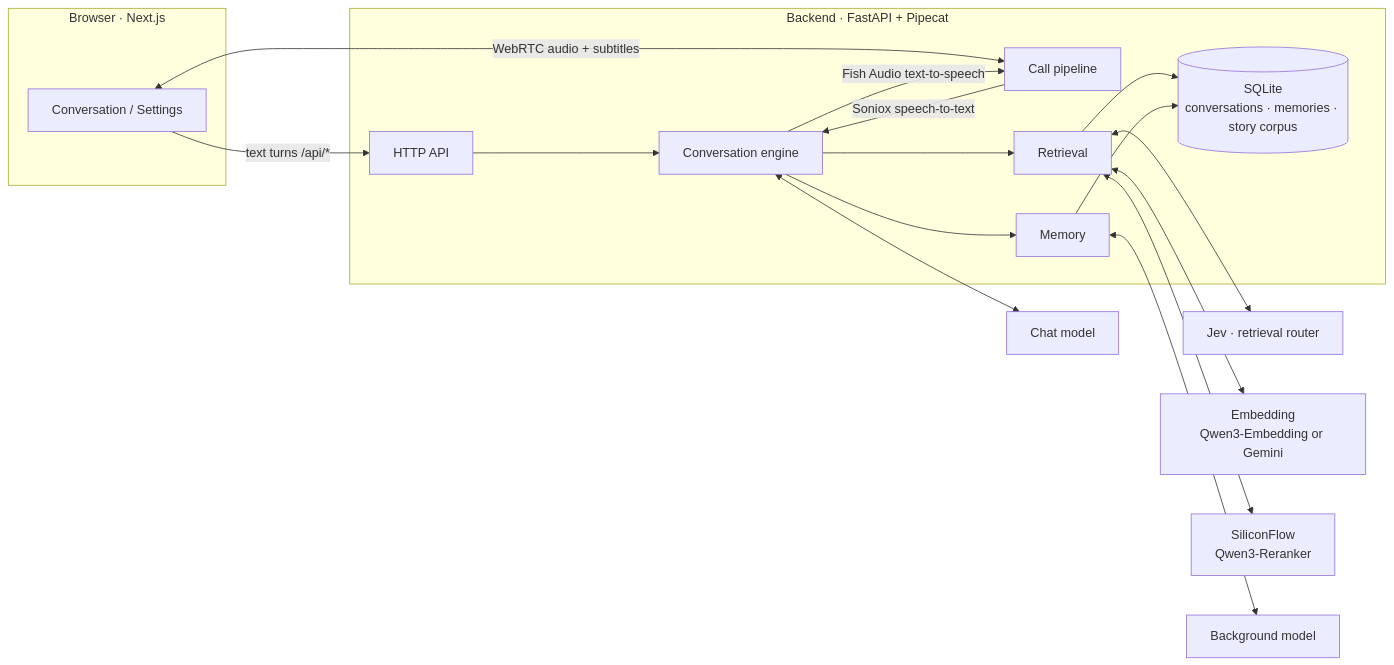
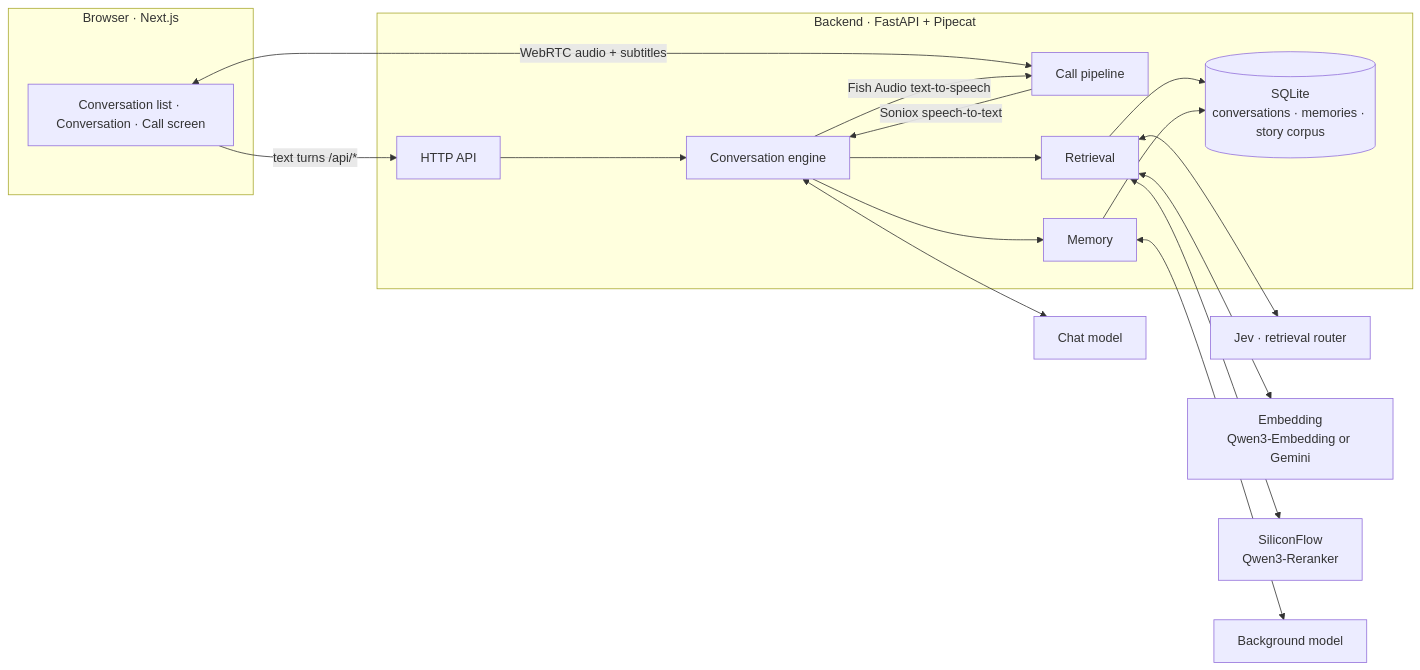
Before and after one commit to 3aKHP/idolum: the first of 2 diagrams in README.en.md, drawn with Mermaid. The commit also changed other lines of this file and 15 other files, not shown here.

Commit message:
docs: 三语 README 写明通话层、收起、麦克风静音、只看文字和切换麦克风，角色配置补上印象色和背景图；PRODUCT.md 和 DESIGN.md 按实现更新；收尾审查后，通话层展开时底下的对话不可聚焦，深色弹层边线达到 3:1，发送键换成 Lucide 图标，补上标题的 600 字重，手机页首按钮不小于 44px (frontend-redesign ticket 07)

````diff
--- a/README.en.md
+++ b/README.en.md
@@ -75,30 +75,30 @@
 ```mermaid
 flowchart LR
     subgraph Browser["Browser · Next.js"]
-        UI["Conversation / Settings"]
+        UI["Conversation list · Conversation · Call screen"]
     end
 
     subgraph Backend["Backend · FastAPI + Pipecat"]
         API["HTTP API"]
         Call["Call pipeline"]
         Engine["Conversation engine"]
         Retrieval["Retrieval"]
         Memory["Memory"]
         DB[("SQLite<br/>conversations · memories · story corpus")]
     end
 
     UI -- "text turns /api/*" --> API
     UI <-- "WebRTC audio + subtitles" --> Call
     API --> Engine
     Call -- "Soniox speech-to-text" --> Engine
     Engine -- "Fish Audio text-to-speech" --> Call
     Engine --> Retrieval
     Engine --> Memory
     Retrieval --> DB
     Memory --> DB
     Engine <--> ChatLLM["Chat model"]
     Retrieval <--> Jev["Jev · retrieval router"]
     Retrieval <--> Emb["Embedding<br/>Qwen3-Embedding or Gemini"]
     Retrieval <--> SF["SiliconFlow<br/>Qwen3-Reranker"]
     Memory <--> BgLLM["Background model"]
 ```
````
